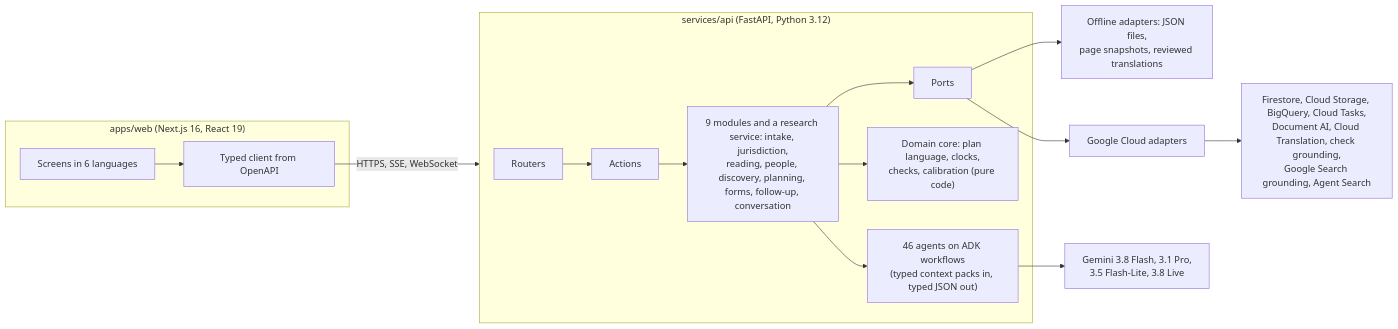
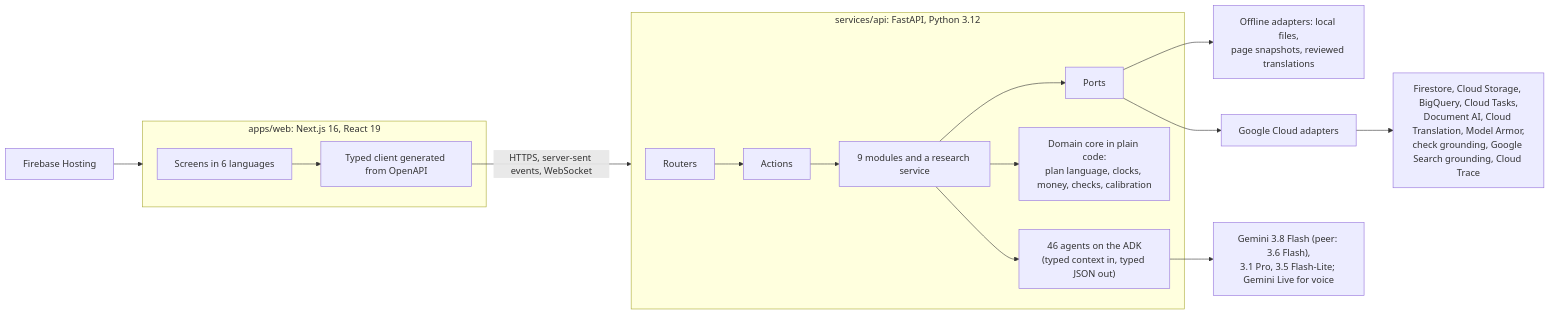
Before and after one commit to Nandan9911/afterledger: the diagram in README.md, drawn with Mermaid. The commit also changed other lines of this file and 24 other files, not shown here.

````diff
--- a/README.md
+++ b/README.md
@@ -67,17 +130,18 @@
 ```mermaid
 flowchart LR
-  subgraph Web["apps/web (Next.js 16, React 19)"]
-    UI[Screens in 6 languages] --> Client[Typed client from OpenAPI]
+  subgraph Web["apps/web: Next.js 16, React 19"]
+    UI["Screens in 6 languages"] --> Client["Typed client generated from OpenAPI"]
   end
-  Client -->|HTTPS, SSE, WebSocket| API
-  subgraph API["services/api (FastAPI, Python 3.12)"]
-    Routers --> Actions --> Modules["9 modules and a research service: intake, jurisdiction,<br/>reading, people, discovery, planning, forms, follow-up, conversation"]
-    Modules --> Agents["46 agents on ADK workflows<br/>(typed context packs in, typed JSON out)"]
-    Modules --> Domain["Domain core: plan language, clocks,<br/>checks, calibration (pure code)"]
+  Hosting["Firebase Hosting"] --> Web
+  Client -->|"HTTPS, server-sent events, WebSocket"| API
+  subgraph API["services/api: FastAPI, Python 3.12"]
+    Routers --> Actions --> Modules["9 modules and a research service"]
+    Modules --> Agents["46 agents on the ADK<br/>(typed context in, typed JSON out)"]
+    Modules --> Domain["Domain core in plain code:<br/>plan language, clocks, money, checks, calibration"]
     Modules --> Ports
   end
-  Ports --> Local["Offline adapters: JSON files,<br/>page snapshots, reviewed translations"]
+  Ports --> Local["Offline adapters: local files,<br/>page snapshots, reviewed translations"]
   Ports --> GCP["Google Cloud adapters"]
-  Agents --> Gemini["Gemini 3.8 Flash, 3.1 Pro,<br/>3.5 Flash-Lite, 3.8 Live"]
-  GCP --> Services["Firestore, Cloud Storage, BigQuery, Cloud Tasks,<br/>Document AI, Cloud Translation, check grounding,<br/>Google Search grounding, Agent Search"]
+  Agents --> Gemini["Gemini 3.8 Flash (peer: 3.6 Flash),<br/>3.1 Pro, 3.5 Flash-Lite; Gemini Live for voice"]
+  GCP --> Services["Firestore, Cloud Storage, BigQuery, Cloud Tasks,<br/>Document AI, Cloud Translation, Model Armor,<br/>check grounding, Google Search grounding, Cloud Trace"]
 ```
````
